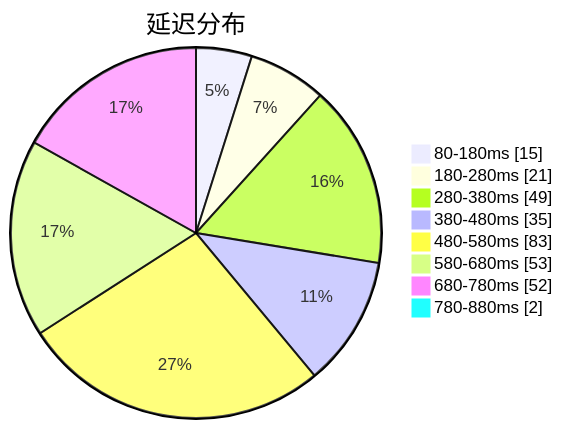
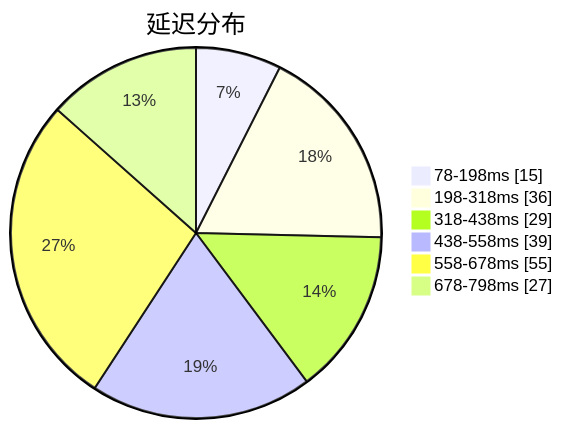
The first of 3 diagrams in subs/statistics/tested_within.md (sinspired/airport), drawn with Mermaid before and after one commit. The commit also changed other lines of this file and 2 other files, not shown here.

````diff
--- a/subs/statistics/tested_within.md
+++ b/subs/statistics/tested_within.md
@@ -2,12 +2,10 @@
 ```mermaid
 pie showData
 title 延迟分布
-"80-180ms" : 15
-"180-280ms" : 21
-"280-380ms" : 49
-"380-480ms" : 35
-"480-580ms" : 83
-"580-680ms" : 53
-"680-780ms" : 52
-"780-880ms" : 2
+"78-198ms" : 15
+"198-318ms" : 36
+"318-438ms" : 29
+"438-558ms" : 39
+"558-678ms" : 55
+"678-798ms" : 27
 ```
````
